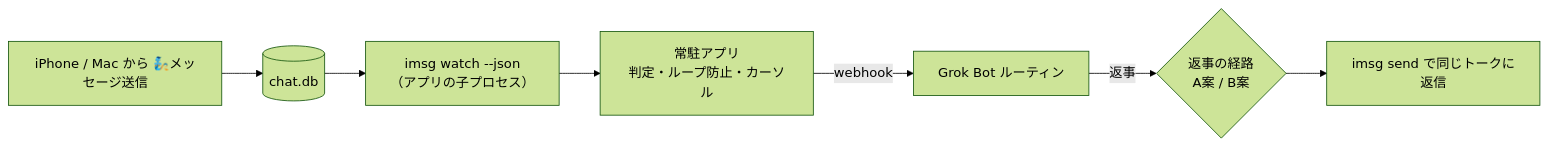
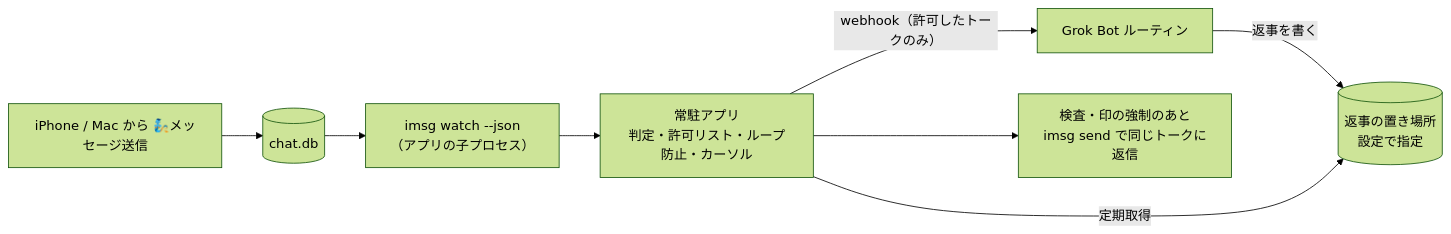
One commit to ChihiroNishioka/genie-in-messages changed the diagram in SPEC.md. Above: the diagram before and after it, drawn with Mermaid (forest theme). The commit also changed other lines of this file, not shown here.

````diff
--- a/SPEC.md
+++ b/SPEC.md
@@ -35,9 +46,10 @@
 ```mermaid
 flowchart LR
   A[iPhone / Mac から 🧞メッセージ送信] --> B[(chat.db)]
   B --> C[imsg watch --json<br/>（アプリの子プロセス）]
-  C --> D[常駐アプリ<br/>判定・ループ防止・カーソル]
-  D -->|webhook| E[Grok Bot ルーティン]
-  E -->|返事| F{返事の経路<br/>A案 / B案}
-  F --> G[imsg send で同じトークに返信]
+  C --> D[常駐アプリ<br/>判定・許可リスト・ループ防止・カーソル]
+  D -->|webhook（許可したトークのみ）| E[Grok Bot ルーティン]
+  E -->|返事を書く| F[(返事の置き場所<br/>設定で指定)]
+  D -->|定期取得| F
+  D --> G[検査・印の強制のあと<br/>imsg send で同じトークに返信]
 ```
````
